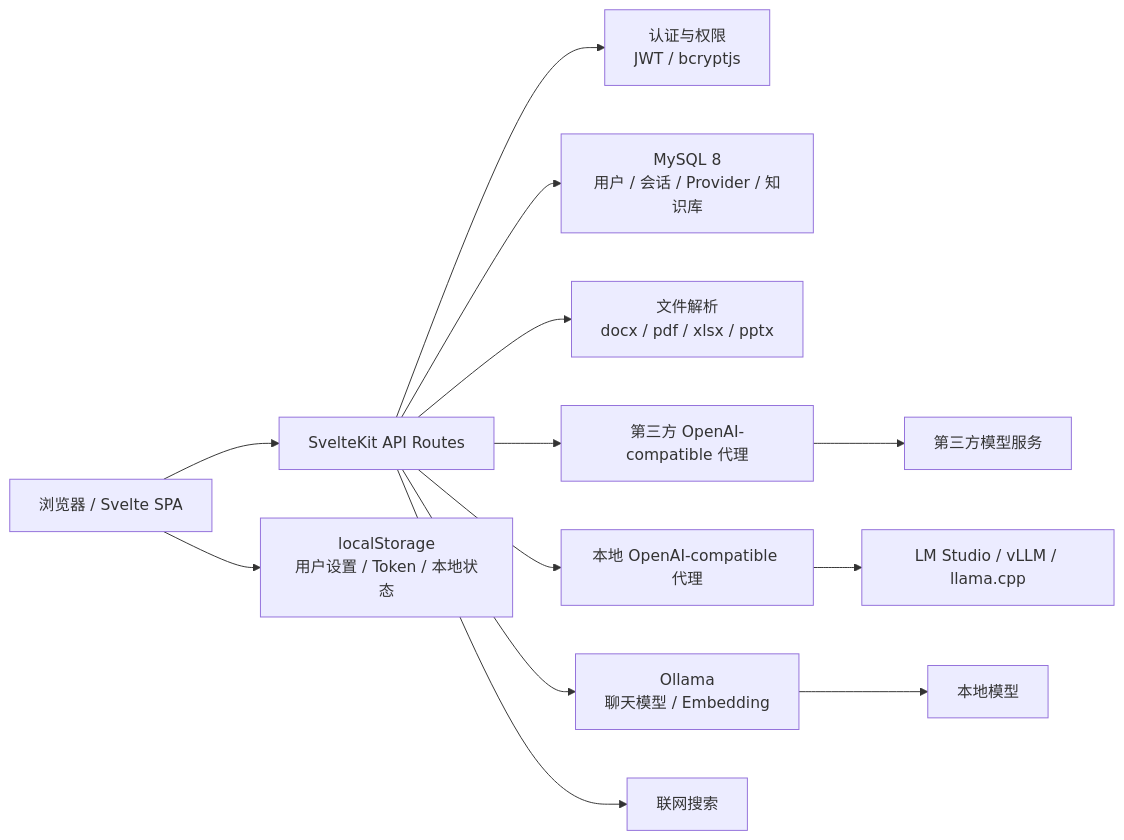
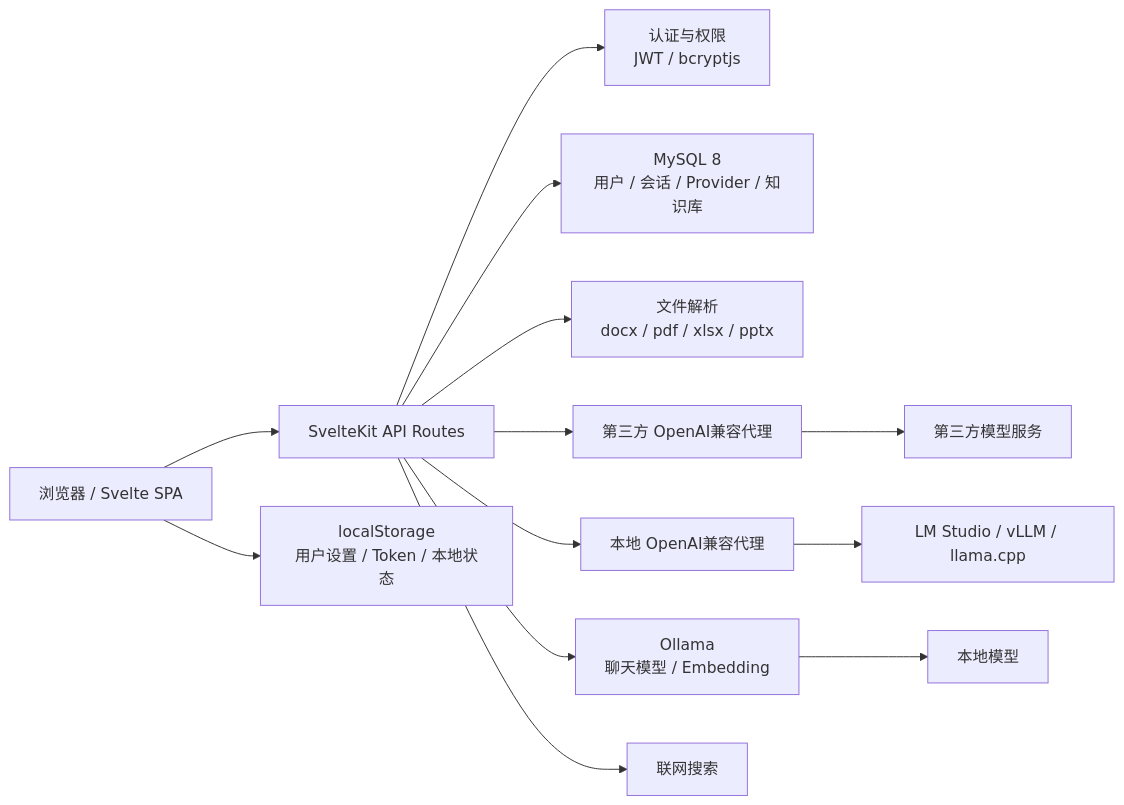
The first of 2 diagrams in README.md (zhouyvming/emotional-healing-companion), drawn with Mermaid before and after one commit. The commit also changed other lines of this file, not shown here.

````diff
--- a/README.md
+++ b/README.md
@@ -34,17 +37,17 @@
 ```mermaid
 flowchart LR
   Browser["浏览器 / Svelte SPA"] --> Routes["SvelteKit API Routes"]
   Browser --> Storage["localStorage<br/>用户设置 / Token / 本地状态"]
 
   Routes --> Auth["认证与权限<br/>JWT / bcryptjs"]
   Routes --> MySQL["MySQL 8<br/>用户 / 会话 / Provider / 知识库"]
   Routes --> Parser["文件解析<br/>docx / pdf / xlsx / pptx"]
-  Routes --> Providers["第三方 OpenAI-compatible 代理"]
-  Routes --> LocalProxy["本地 OpenAI-compatible 代理"]
+  Routes --> Providers["第三方 OpenAI兼容代理"]
+  Routes --> LocalProxy["本地 OpenAI兼容代理"]
   Routes --> Ollama["Ollama<br/>聊天模型 / Embedding"]
   Routes --> Search["联网搜索"]
 
   Providers --> ThirdParty["第三方模型服务"]
   LocalProxy --> LocalLLM["LM Studio / vLLM / llama.cpp"]
   Ollama --> LocalModels["本地模型"]
 ```
````
